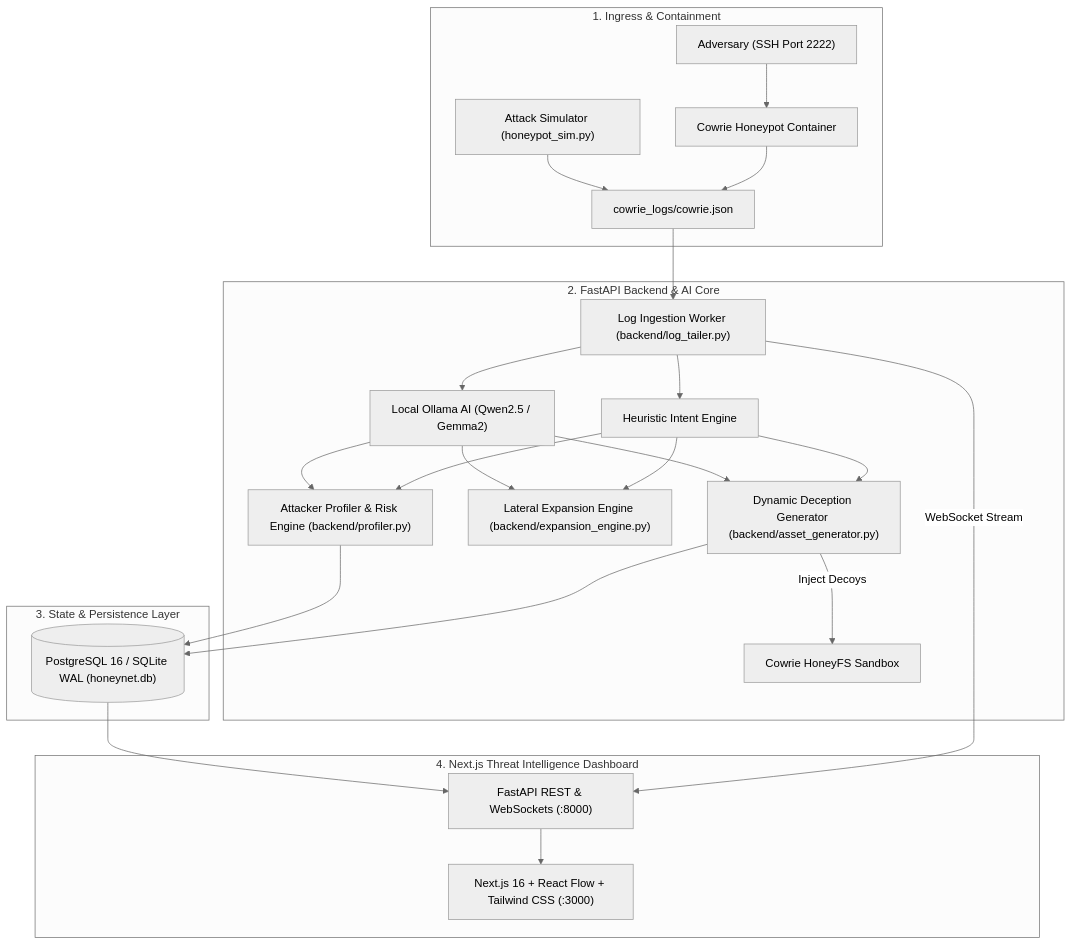
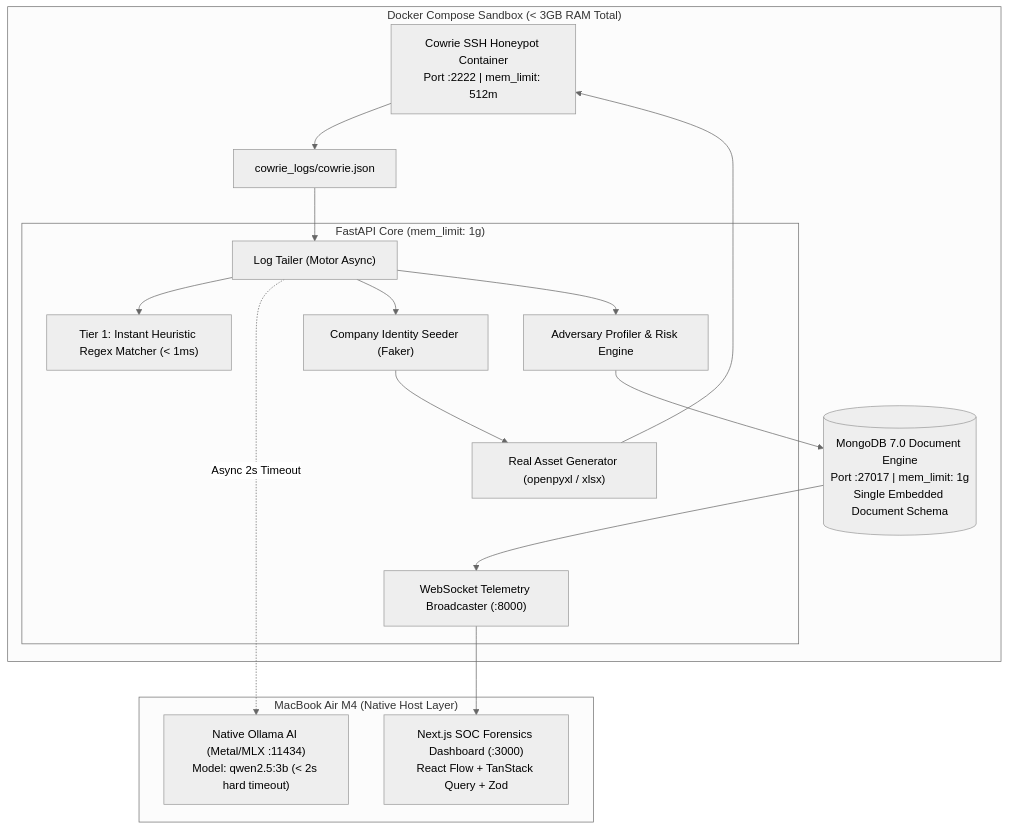
Before and after one commit to prathameshmore07/honeynet: the diagram in README.md, drawn with Mermaid (neutral theme). The commit also changed other lines of this file and 10 other files, not shown here.

Commit message:
feat(m4): MongoDB embedded document persistence, Faker identity seeder, openpyxl binary Excel generator, and instant regex fallback

````diff
--- a/README.md
+++ b/README.md
@@ -21,43 +36,31 @@
 ```mermaid
 flowchart TD
-    subgraph DeceptionSurface ["1. Ingress & Containment"]
-        Attacker["Adversary (SSH Port 2222)"]
-        Simulator["Attack Simulator (honeypot_sim.py)"]
-        Cowrie["Cowrie Honeypot Container"]
+    subgraph HostMacOS ["MacBook Air M4 (Native Host Layer)"]
+        NativeOllama["Native Ollama AI (Metal/MLX :11434)<br>Model: qwen2.5:3b (< 2s hard timeout)"]
+        NextJS["Next.js SOC Forensics Dashboard (:3000)<br>React Flow + TanStack Query + Zod"]
+    end
+
+    subgraph DockerContainment ["Docker Compose Sandbox (< 3GB RAM Total)"]
+        Cowrie["Cowrie SSH Honeypot Container<br>Port :2222 | mem_limit: 512m"]
         CowrieLog["cowrie_logs/cowrie.json"]
         
-        Attacker --> Cowrie
-        Simulator --> CowrieLog
+        MongoDB[("MongoDB 7.0 Document Engine<br>Port :27017 | mem_limit: 1g<br>Single Embedded Document Schema")]
+        
+        subgraph FastAPIBackend ["FastAPI Core (mem_limit: 1g)"]
+            Tailer["Log Tailer (Motor Async)"]
+            RegexEngine["Tier 1: Instant Heuristic Regex Matcher (< 1ms)"]
+            IdSeeder["Company Identity Seeder (Faker)"]
+            AssetEngine["Real Asset Generator (openpyxl / xlsx)"]
+            Profiler["Adversary Profiler & Risk Engine"]
+            WSManager["WebSocket Telemetry Broadcaster (:8000)"]
+        end
+
         Cowrie --> CowrieLog
-    end
-
-    subgraph CoreEngine ["2. FastAPI Backend & AI Core"]
-        LogTailer["Log Ingestion Worker (backend/log_tailer.py)"]
-        OllamaLLM["Local Ollama AI (Qwen2.5 / Gemma2)"]
-        HeuristicFallback["Heuristic Intent Engine"]
-        AssetGen["Dynamic Deception Generator (backend/asset_generator.py)"]
-        ExpansionEngine["Lateral Expansion Engine (backend/expansion_engine.py)"]
-        Profiler["Attacker Profiler & Risk Engine (backend/profiler.py)"]
-        HoneyFS["Cowrie HoneyFS Sandbox"]
-
-        CowrieLog --> LogTailer
-        LogTailer --> OllamaLLM & HeuristicFallback
-        OllamaLLM & HeuristicFallback --> AssetGen & ExpansionEngine & Profiler
-        AssetGen -->|Inject Decoys| HoneyFS
-    end
-
-    subgraph Storage ["3. State & Persistence Layer"]
-        Database[("PostgreSQL 16 / SQLite WAL (honeynet.db)")]
-        Profiler --> Database
-        AssetGen --> Database
-    end
-
-    subgraph SOCDashboard ["4. Next.js Threat Intelligence Dashboard"]
-        NextJS["Next.js 16 + React Flow + Tailwind CSS (:3000)"]
-        FastAPI["FastAPI REST & WebSockets (:8000)"]
-        
-        Database --> FastAPI
-        LogTailer -->|WebSocket Stream| FastAPI
-        FastAPI --> NextJS
+        CowrieLog --> Tailer
+        Tailer --> RegexEngine
+        Tailer -.->|Async 2s Timeout| NativeOllama
+        Tailer --> IdSeeder --> AssetEngine --> Cowrie
+        Tailer --> Profiler --> MongoDB
+        MongoDB --> WSManager --> NextJS
     end
 ```
````
